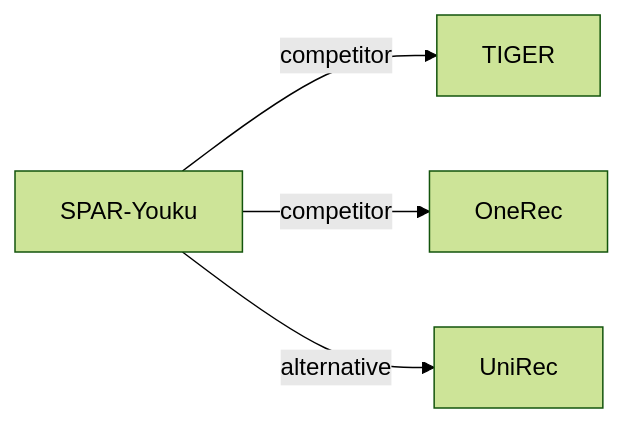
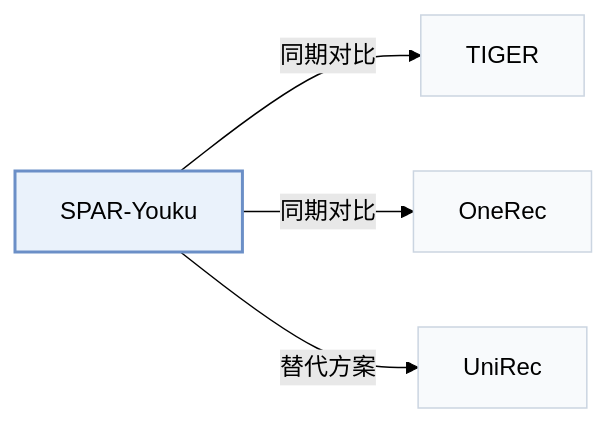
Before and after one commit to Galaxy-ghost/Awesome-SID-Generative-Rec: the second of 2 diagrams in pages/zh/papers/spar-youku.md, drawn with Mermaid (forest theme). The commit also changed other lines of this file and 649 other files, not shown here.

Commit message:
writer-05: also tags and modality index (schema, check, build, visuals); summary field removed; calibration data for 12 papers

````diff
--- a/pages/zh/papers/spar-youku.md
+++ b/pages/zh/papers/spar-youku.md
@@ -70,7 +73,11 @@
 ```mermaid
 flowchart LR
     P["SPAR-Youku"]
-    P -->|competitor| A["TIGER"]
-    P -->|competitor| B["OneRec"]
-    P -->|alternative| C["UniRec"]
+    P -->|"同期对比"| A["TIGER"]
+    P -->|"同期对比"| B["OneRec"]
+    P -->|"替代方案"| C["UniRec"]
+    classDef main fill:#eaf2fb,stroke:#6b8fc7,stroke-width:2px
+    classDef peer fill:#f8fafc,stroke:#cbd5e1
+    class P main
+    class A,B,C peer
 ```
````
